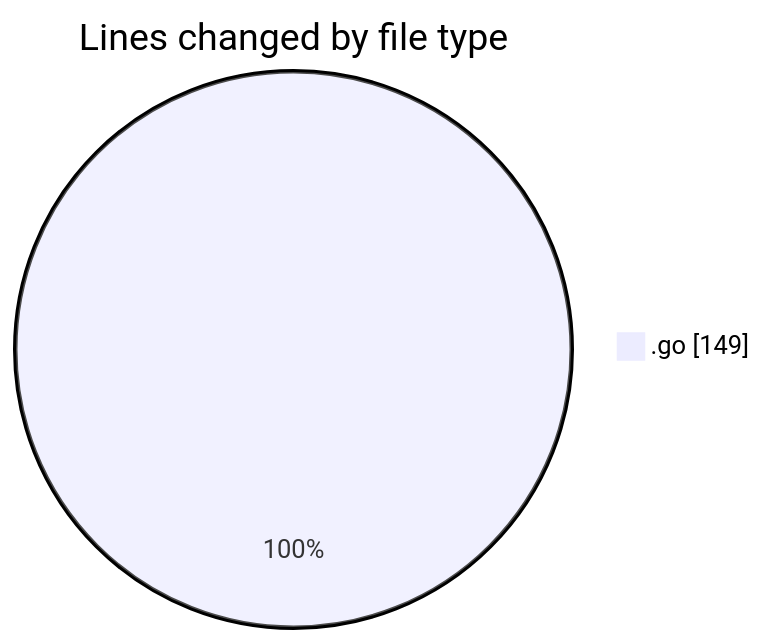
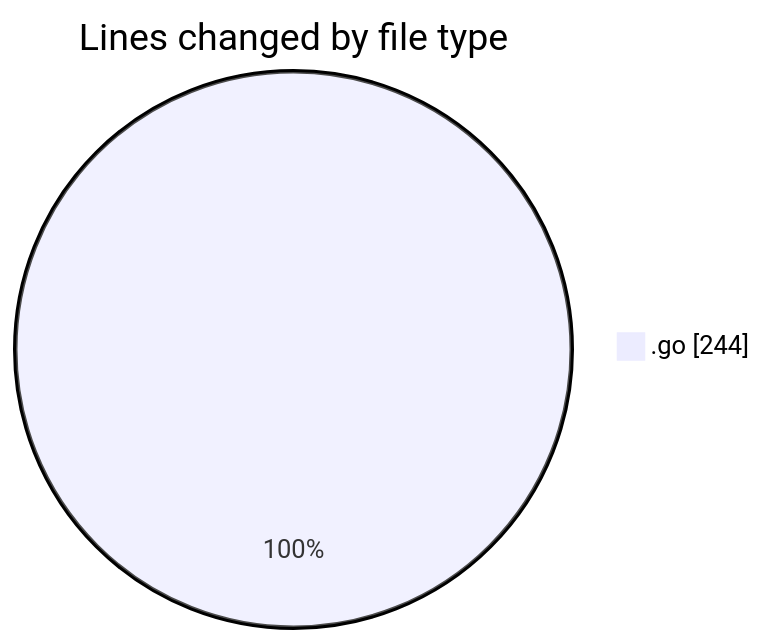
One commit to Ritupan-Deka/code-tracking changed the first of 2 diagrams in 2025-11-25/backend/README.md. Above: the diagram before and after it, drawn with Mermaid. The commit also changed other lines of this file and 1 other file, not shown here.

````diff
--- a/2025-11-25/backend/README.md
+++ b/2025-11-25/backend/README.md
@@ -22,5 +23,5 @@
 ```mermaid
 pie showData
 title Lines changed by file type
-".go" : 149
+".go" : 244
 ```
````
